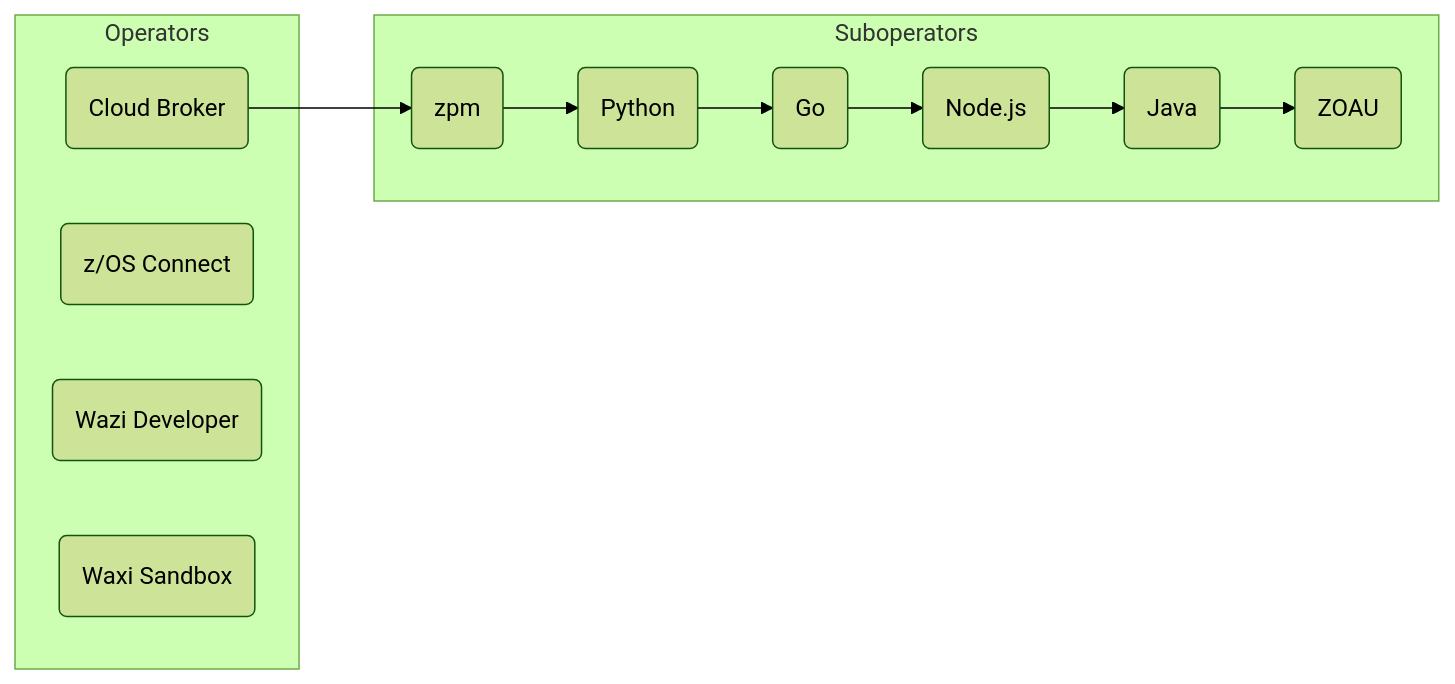
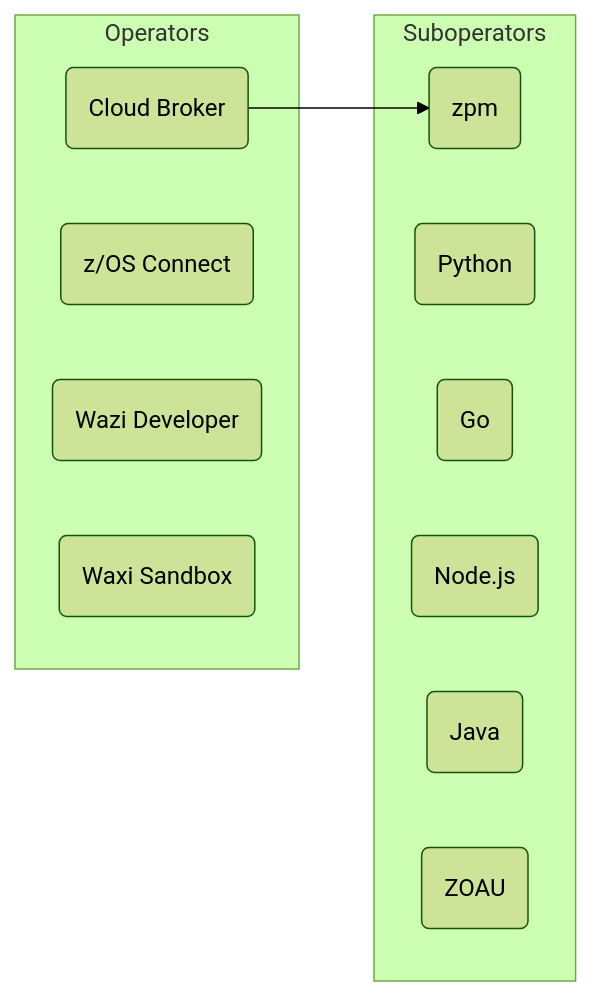
The diagram in my.md (MikeFultonDev/mermexp), drawn with Mermaid (forest theme) before and after one commit.

````diff
--- a/my.md
+++ b/my.md
@@ -1,25 +1,24 @@
 ```mermaid
     
     graph LR;
     
     subgraph Operators
       CB(Cloud Broker)
       zCEE(z/OS Connect)
       Dev(Wazi Developer)
       Sandbox(Waxi Sandbox)
     end
 
     subgraph Suboperators   
       zpm(zpm)
       python(Python)
       go(Go)
       node(Node.js)
       Java(Java)
       ZOAU(ZOAU)
-      
-      zpm --> python --> go --> node --> Java --> ZOAU
+     
     end
     
     CB --> zpm
      
 ```
````
